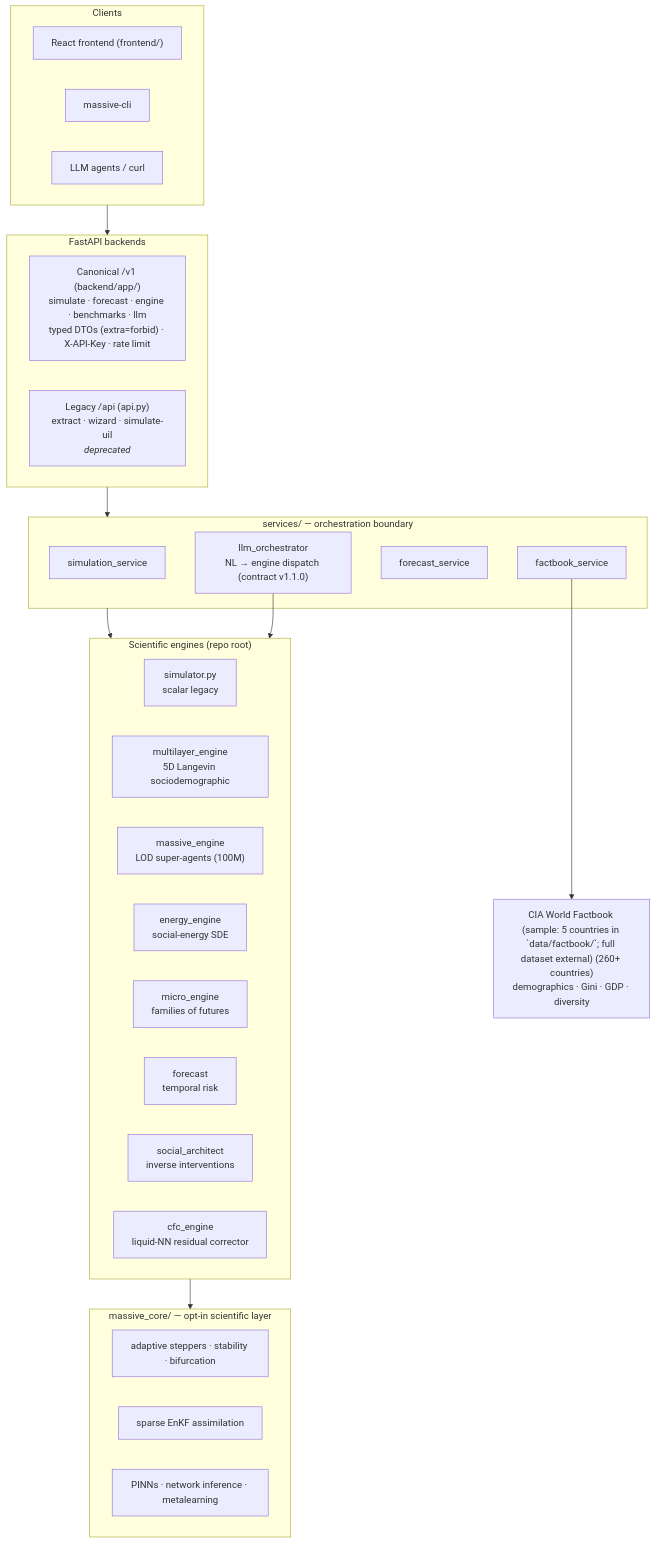
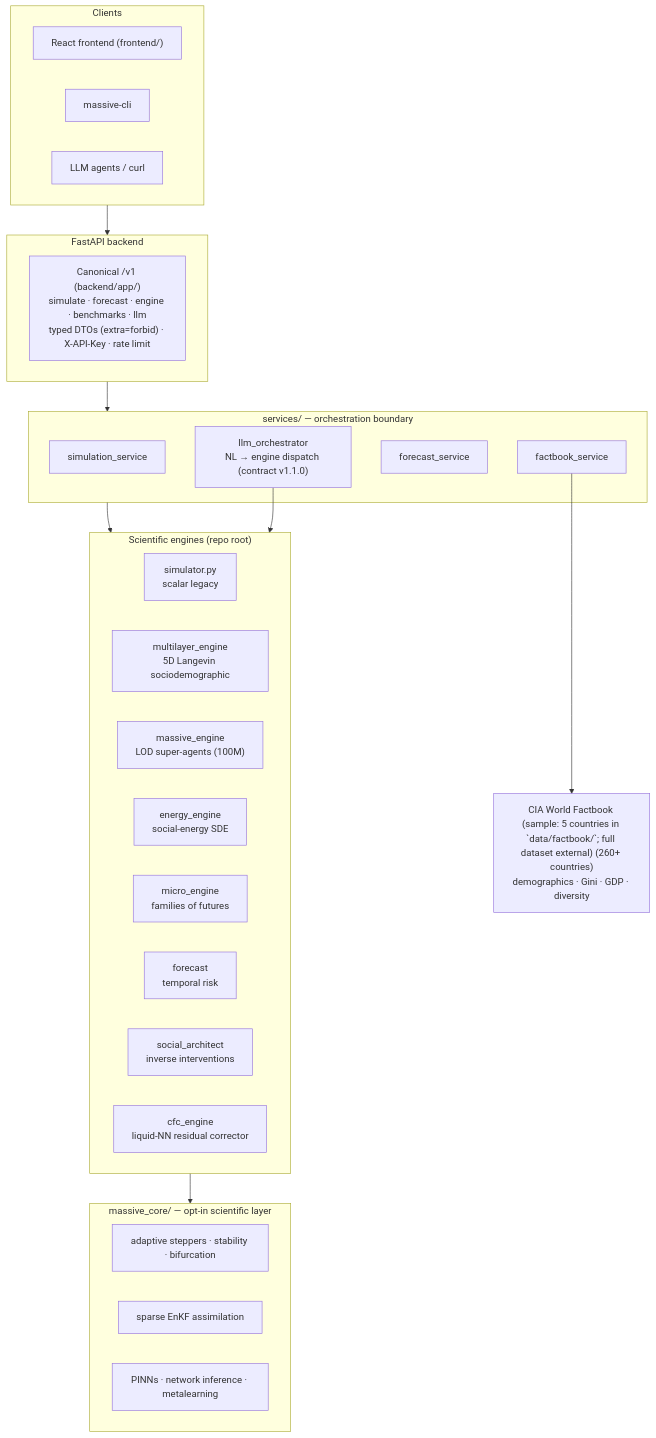
Before and after one commit to Adlgr87/MASSIVE: the diagram in README.md, drawn with Mermaid. The commit also changed other lines of this file and 2 other files, not shown here.

````diff
--- a/README.md
+++ b/README.md
@@ -132,44 +147,43 @@
 ```mermaid
 flowchart TB
     subgraph Clients
         FE["React frontend (frontend/)"]
         CLI["massive-cli"]
         AG["LLM agents / curl"]
     end
 
-    subgraph API["FastAPI backends"]
+    subgraph API["FastAPI backend"]
         V1["Canonical /v1 (backend/app/)<br/>simulate · forecast · engine · benchmarks · llm<br/>typed DTOs (extra=forbid) · X-API-Key · rate limit"]
-        LEG["Legacy /api (api.py)<br/>extract · wizard · simulate-uil<br/><em>deprecated</em>"]
     end
 
     subgraph Services["services/ — orchestration boundary"]
         ORCH["llm_orchestrator<br/>NL → engine dispatch (contract v1.1.0)"]
         SIM["simulation_service"]
         FOR["forecast_service"]
         FB["factbook_service"]
     end
 
     subgraph Engines["Scientific engines (repo root)"]
         direction LR
         E1["simulator.py<br/>scalar legacy"]
         E2["multilayer_engine<br/>5D Langevin sociodemographic"]
         E3["massive_engine<br/>LOD super-agents (100M)"]
         E4["energy_engine<br/>social-energy SDE"]
         E5["micro_engine<br/>families of futures"]
         E6["forecast<br/>temporal risk"]
         E7["social_architect<br/>inverse interventions"]
         E8["cfc_engine<br/>liquid-NN residual corrector"]
     end
 
     subgraph Core["massive_core/ — opt-in scientific layer"]
         C1["adaptive steppers · stability · bifurcation"]
         C2["sparse EnKF assimilation"]
         C3["PINNs · network inference · metalearning"]
     end
 
     DATA["CIA World Factbook (sample: 5 countries in `data/factbook/`; full dataset external) (260+ countries)<br/>demographics · Gini · GDP · diversity"]
 
     Clients --> API --> Services --> Engines --> Core
     FB --> DATA
     ORCH --> Engines
 ```
````
